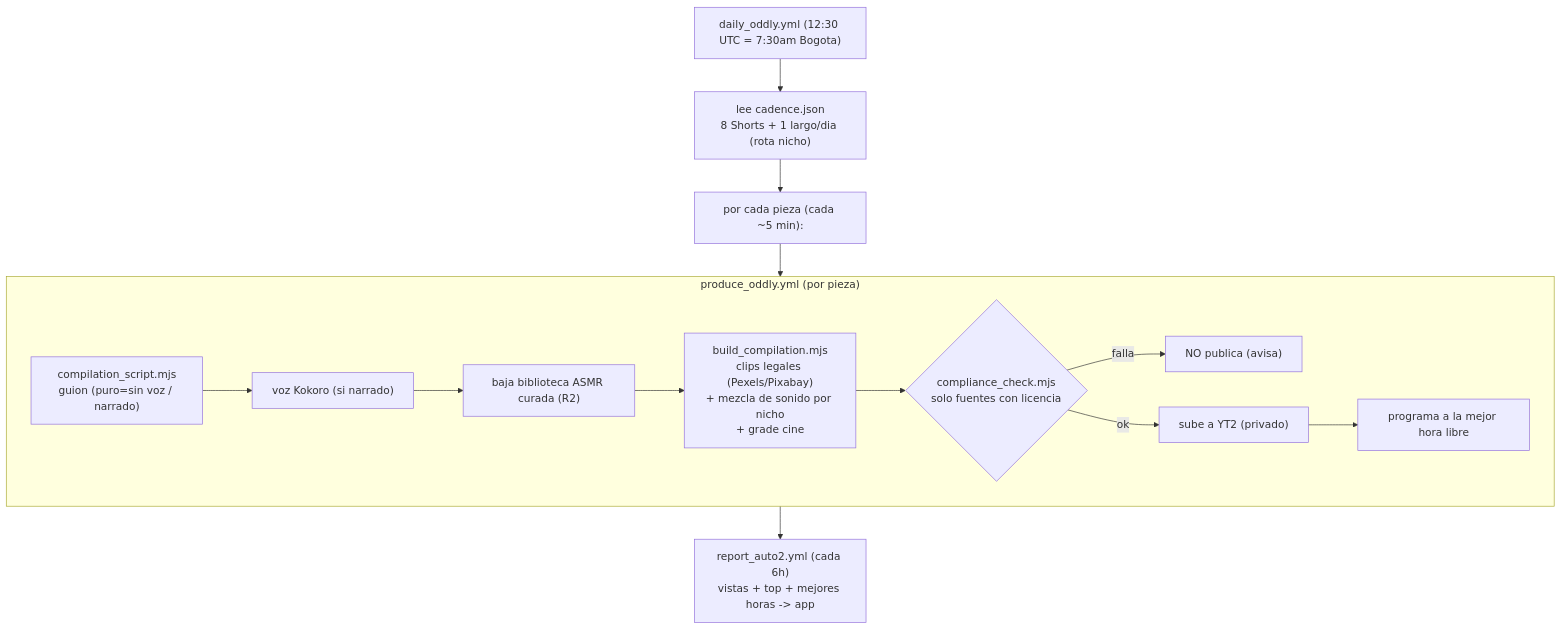
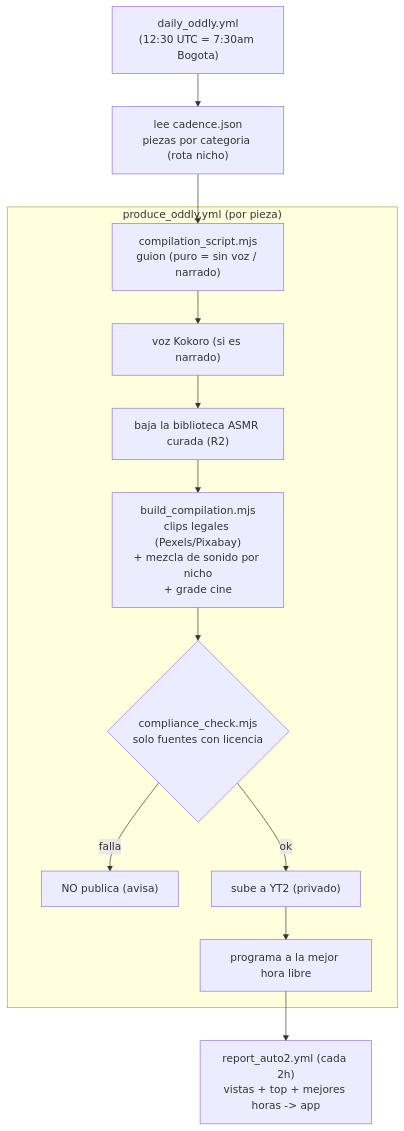
The second of 7 diagrams in docs/FLUJOS.md (juanberrio0399/video-forge), drawn with Mermaid before and after one commit. The commit also changed other lines of this file and 25 other files, not shown here.

````diff
--- a/docs/FLUJOS.md
+++ b/docs/FLUJOS.md
@@ -28,16 +31,15 @@
 ```mermaid
 flowchart TD
-  cron["daily_oddly.yml (12:30 UTC = 7:30am Bogota)"] --> plan["lee cadence.json\n8 Shorts + 1 largo/dia (rota nicho)"]
-  plan --> loop["por cada pieza (cada ~5 min):"]
-  loop --> prod["produce_oddly.yml"]
+  cron["daily_oddly.yml<br/>(12:30 UTC = 7:30am Bogota)"] --> plan["lee cadence.json<br/>piezas por categoria (rota nicho)"]
   subgraph prod["produce_oddly.yml (por pieza)"]
-    g["compilation_script.mjs\nguion (puro=sin voz / narrado)"] --> v["voz Kokoro (si narrado)"]
-    v --> lib["baja biblioteca ASMR curada (R2)"]
-    lib --> asm["build_compilation.mjs\nclips legales (Pexels/Pixabay)\n+ mezcla de sonido por nicho\n+ grade cine"]
-    asm --> gate{"compliance_check.mjs\nsolo fuentes con licencia"}
+    g["compilation_script.mjs<br/>guion (puro = sin voz / narrado)"] --> v["voz Kokoro (si es narrado)"]
+    v --> lib["baja la biblioteca ASMR curada (R2)"]
+    lib --> asm["build_compilation.mjs<br/>clips legales (Pexels/Pixabay)<br/>+ mezcla de sonido por nicho<br/>+ grade cine"]
+    asm --> gate{"compliance_check.mjs<br/>solo fuentes con licencia"}
     gate -- falla --> block["NO publica (avisa)"]
     gate -- ok --> up["sube a YT2 (privado)"]
     up --> sc["programa a la mejor hora libre"]
   end
-  prod --> report["report_auto2.yml (cada 6h)\nvistas + top + mejores horas -> app"]
+  plan --> g
+  sc --> report["report_auto2.yml (cada 2h)<br/>vistas + top + mejores horas -> app"]
 ```
````
